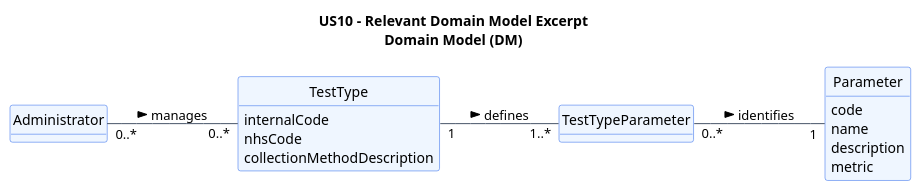
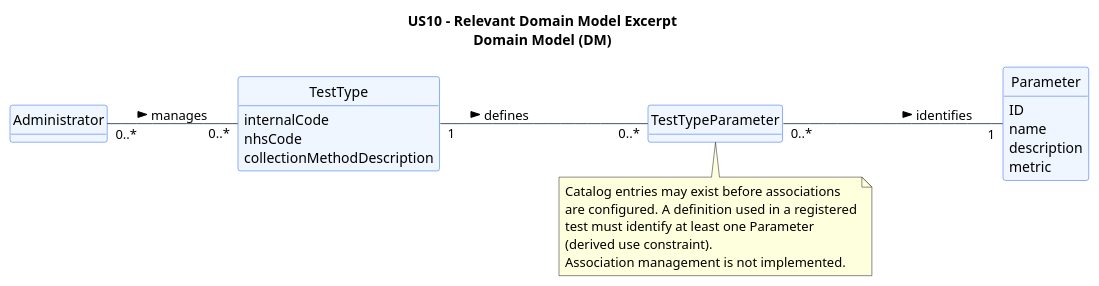
The diagram in docs/system-documentation/US10/puml/US10-DM.puml (jmaia574/leti-esoft-26-27-B6), drawn with PlantUML before and after one commit. The commit also changed 44 other files, not shown here.

```diff
--- a/docs/system-documentation/US10/puml/US10-DM.puml
+++ b/docs/system-documentation/US10/puml/US10-DM.puml
@@ -1,35 +1,43 @@
 @startuml
 title US10 - Relevant Domain Model Excerpt\nDomain Model (DM)
 
 left to right direction
 hide methods
 hide circle
 skinparam classAttributeIconSize 0
 skinparam backgroundColor #FFFFFF
 skinparam shadowing false
 skinparam classBorderColor #2563EB
 skinparam classBackgroundColor #EFF6FF
 skinparam ArrowColor #475569
 
 class Administrator
 
 class TestType {
     internalCode
     nhsCode
     collectionMethodDescription
 }
 
 class TestTypeParameter
 
 class Parameter {
-    code
+    ID
     name
     description
     metric
 }
 
 Administrator "0..*" -- "0..*" TestType : manages >
-TestType "1" -- "1..*" TestTypeParameter : defines >
+TestType "1" -- "0..*" TestTypeParameter : defines >
 TestTypeParameter "0..*" -- "1" Parameter : identifies >
 
+note bottom of TestTypeParameter
+Catalog entries may exist before associations
+are configured. A definition used in a registered
+test must identify at least one Parameter
+(derived use constraint).
+Association management is not implemented.
+end note
+
 @enduml
```
